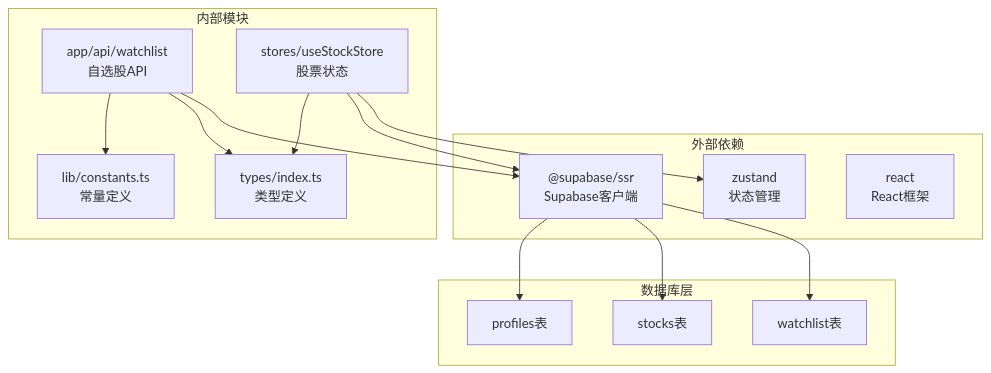
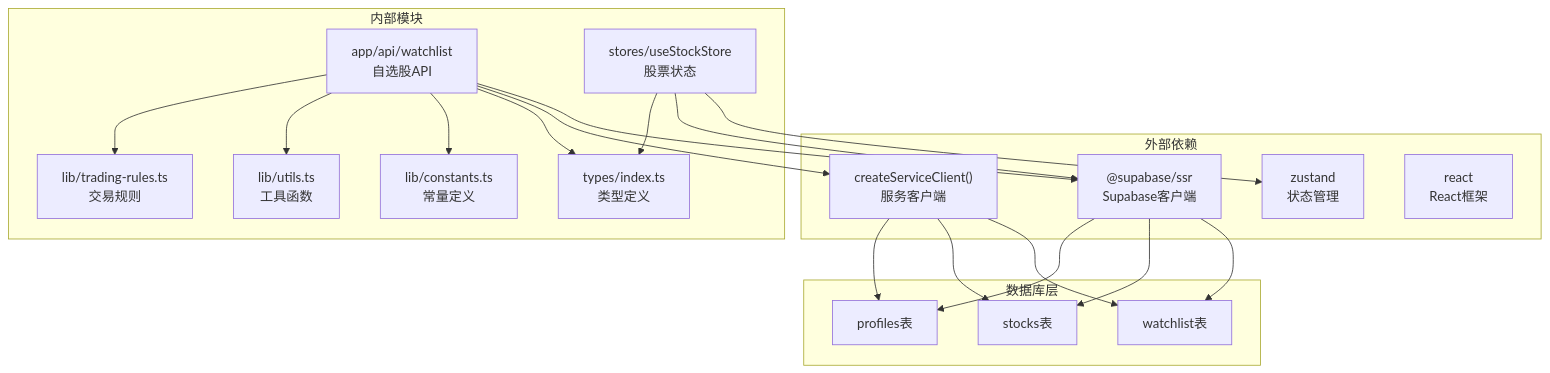
Before and after one commit to javalittleman1/virtual-stock-trading: the tenth of 12 diagrams in .qoder/repowiki/zh/content/API接口文档/自选股管理API.md, drawn with Mermaid. The commit also changed other lines of this file and 7 other files, not shown here.

````diff
--- a/.qoder/repowiki/zh/content/API接口文档/自选股管理API.md
+++ b/.qoder/repowiki/zh/content/API接口文档/自选股管理API.md
@@ -412,28 +438,37 @@
 ```mermaid
 graph TB
 subgraph "外部依赖"
 SUPABASE["@supabase/ssr<br/>Supabase客户端"]
+SERVICE_CLIENT["createServiceClient()<br/>服务客户端"]
 ZUSTAND["zustand<br/>状态管理"]
 REACT["react<br/>React框架"]
 end
 subgraph "内部模块"
 API_WATCHLIST["app/api/watchlist<br/>自选股API"]
 STORE_STOCK["stores/useStockStore<br/>股票状态"]
 TYPE_INDEX["types/index.ts<br/>类型定义"]
 CONST_INDEX["lib/constants.ts<br/>常量定义"]
+UTILS["lib/utils.ts<br/>工具函数"]
+TRADING_RULES["lib/trading-rules.ts<br/>交易规则"]
 end
 subgraph "数据库层"
 TABLE_WATCHLIST["watchlist表"]
 TABLE_STOCKS["stocks表"]
 TABLE_PROFILES["profiles表"]
 end
 API_WATCHLIST --> SUPABASE
+API_WATCHLIST --> SERVICE_CLIENT
 STORE_STOCK --> ZUSTAND
 STORE_STOCK --> SUPABASE
 STORE_STOCK --> TYPE_INDEX
 API_WATCHLIST --> TYPE_INDEX
 API_WATCHLIST --> CONST_INDEX
+API_WATCHLIST --> UTILS
+API_WATCHLIST --> TRADING_RULES
 SUPABASE --> TABLE_WATCHLIST
 SUPABASE --> TABLE_STOCKS
 SUPABASE --> TABLE_PROFILES
+SERVICE_CLIENT --> TABLE_WATCHLIST
+SERVICE_CLIENT --> TABLE_STOCKS
+SERVICE_CLIENT --> TABLE_PROFILES
 ```
````
